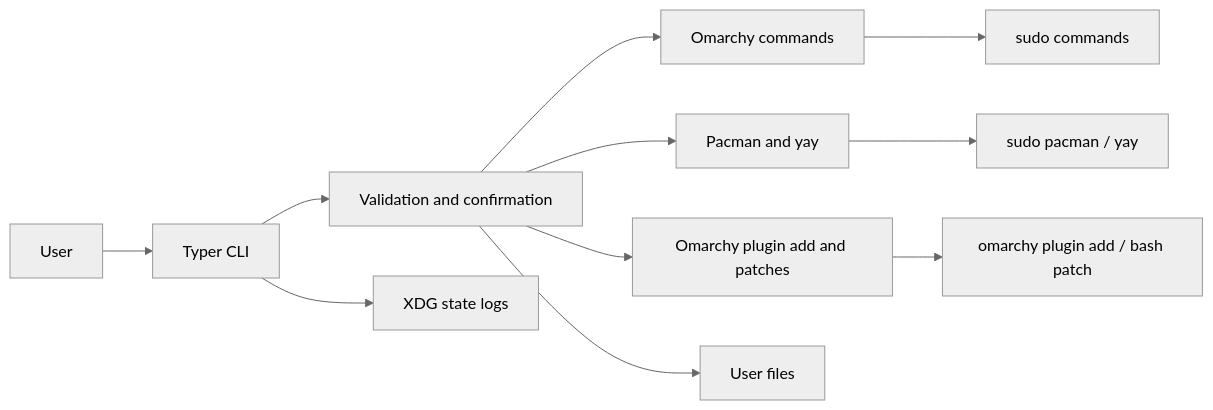
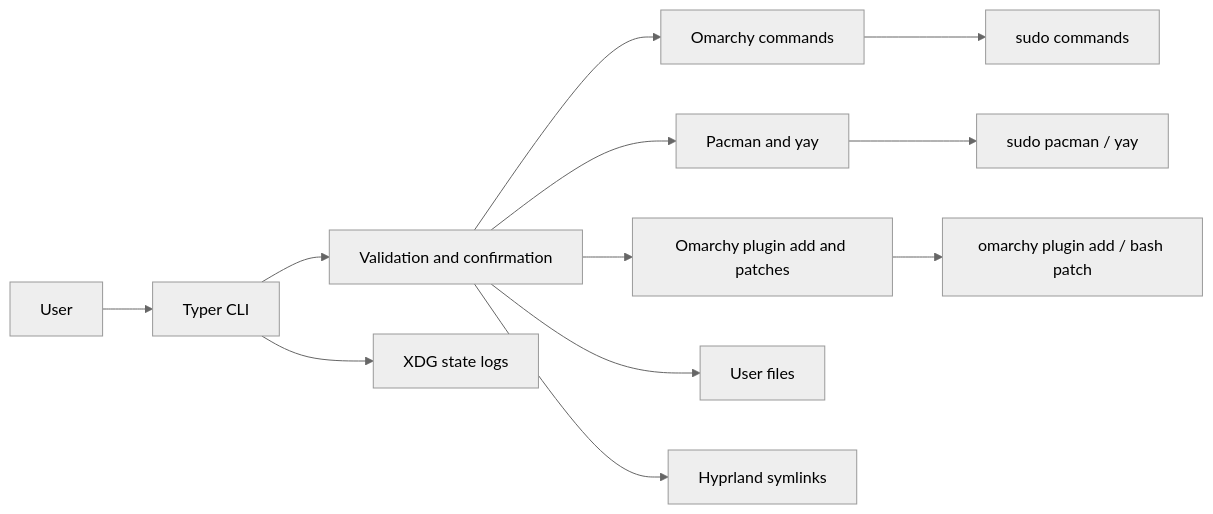
Before and after one commit to Armoghans-Organization/Omarchy-Tweaker: the first of 3 diagrams in docs/security.md, drawn with Mermaid (neutral theme). The commit also changed other lines of this file and 20 other files, not shown here.

````diff
--- a/docs/security.md
+++ b/docs/security.md
@@ -20,13 +21,14 @@
 ```mermaid
 flowchart LR
     U[User] --> CLI[Typer CLI]
     CLI --> V[Validation and confirmation]
     V --> O[Omarchy commands]
     V --> PM[Pacman and yay]
     V --> PL[Omarchy plugin add and patches]
     V --> FS[User files]
+    V --> HY[Hyprland symlinks]
     O --> S[sudo commands]
     PM --> P[sudo pacman / yay]
     PL --> Q[omarchy plugin add / bash patch]
     CLI --> L[XDG state logs]
 ```
````
